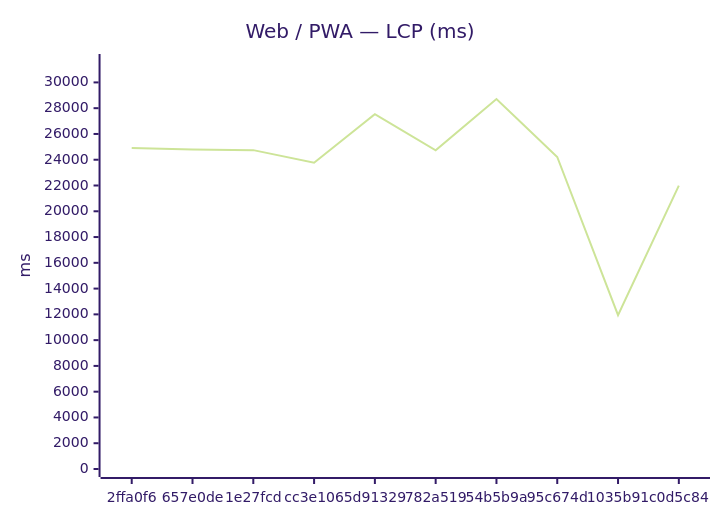
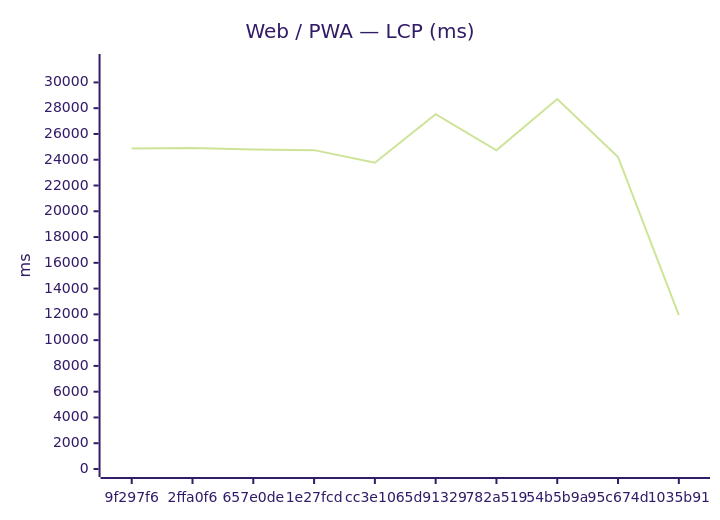
One commit to Metaheurist/Rianell changed the first of 18 diagrams in benchmarks/compare.md. Above: the diagram before and after it, drawn with Mermaid (forest theme). The commit also changed other lines of this file and 11 other files, not shown here.

````diff
--- a/benchmarks/compare.md
+++ b/benchmarks/compare.md
@@ -24,7 +24,7 @@
 ```mermaid
 xychart-beta
     title "Web / PWA — LCP (ms)"
-    x-axis ["2ffa0f6", "657e0de", "1e27fcd", "cc3e106", "5d91329", "782a519", "54b5b9a", "95c674d", "1035b91", "c0d5c84"]
+    x-axis ["9f297f6", "2ffa0f6", "657e0de", "1e27fcd", "cc3e106", "5d91329", "782a519", "54b5b9a", "95c674d", "1035b91"]
     y-axis "ms" 0 --> 31584
-    line [24910, 24797, 24744, 23765, 27536, 24725, 28712, 24213, 11936, 21994]
+    line [24873, 24910, 24797, 24744, 23765, 27536, 24725, 28712, 24213, 11936]
 ```
````
